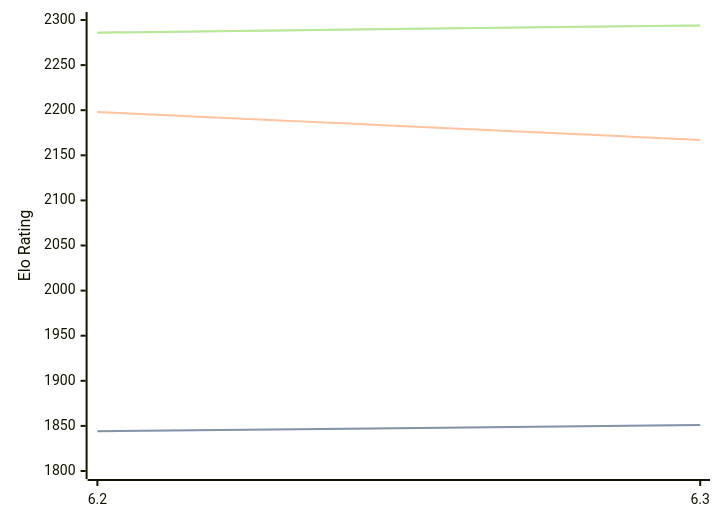
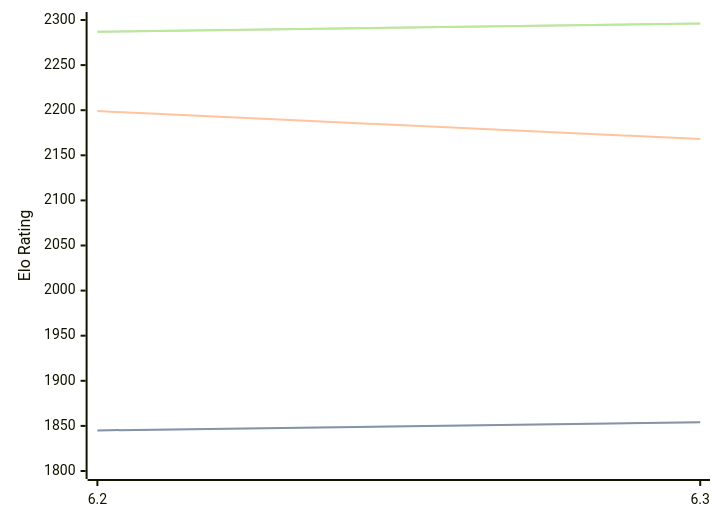
One commit to computer-chess-index/cci changed the diagram in engines/chess4j.md. Above: the diagram before and after it, drawn with Mermaid. The commit also changed other lines of this file, not shown here.

Commit message:
Update CCI Ratings (ELO VLTC) - 2026-08-09

````diff
--- a/engines/chess4j.md
+++ b/engines/chess4j.md
@@ -32,11 +32,11 @@
 ```mermaid
 %%{init: {"theme":"base","themeVariables":{"seriesColors:['#a3a3a3','#222221','#faa371']}}}%%
 xychart-beta
   x-axis ["6.2", "6.3"]
   y-axis "Elo Rating" 1800 --> 2300
-  line "STC (8.0+0.08s)" [1844, 1851]
-  line "STC (8.0+0.08s)" [1844, 1851]
-  line "LTC (60.0+0.60s)" [2198, 2167]
-  line "VLTC (2m24s+1.12s)" [2286, 2294]
-  line "VLTC (2m24s+1.12s)" [2286, 2294]
+  line "STC (8.0+0.08s)" [1845, 1854]
+  line "STC (8.0+0.08s)" [1845, 1854]
+  line "LTC (60.0+0.60s)" [2199, 2168]
+  line "VLTC (2m24s+1.12s)" [2287, 2296]
+  line "VLTC (2m24s+1.12s)" [2287, 2296]
 ```
````
